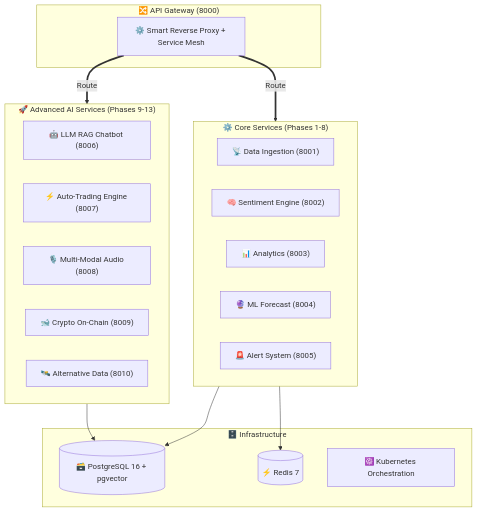
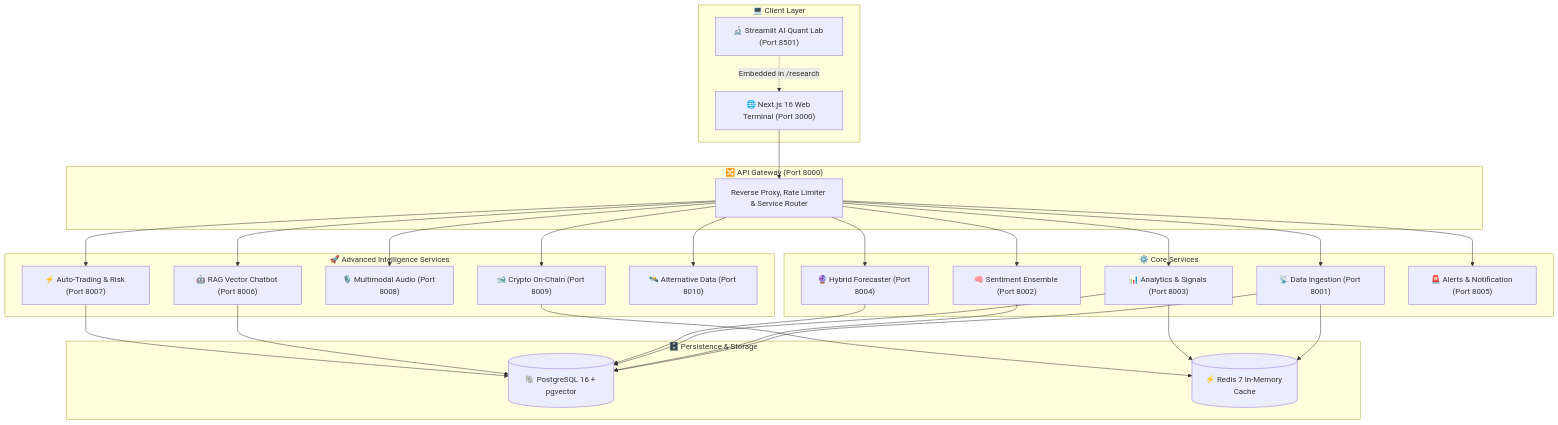
One commit to indrajitkumar23541-a11y/Indra-MarketMind changed the diagram in README.md. Above: the diagram before and after it, drawn with Mermaid. The commit also changed other lines of this file, not shown here.

Commit message:
docs: upgrade README to world-class showcase with 19 global exchange radars, microservices mesh, and Next.js 16 terminal

````diff
--- a/README.md
+++ b/README.md
@@ -81,34 +162,48 @@
 ```mermaid
 graph TB
-    subgraph GATEWAY["🔀 API Gateway (8000)"]
-        GW["⚙️ Smart Reverse Proxy + Service Mesh"]
+    subgraph CLIENT["💻 Client Layer"]
+        UI["🌐 Next.js 16 Web Terminal (Port 3000)"]
+        LAB["🔬 Streamlit AI Quant Lab (Port 8501)"]
     end
 
-    subgraph CORE["⚙️ Core Services (Phases 1-8)"]
-        S1["📡 Data Ingestion (8001)"]
-        S2["🧠 Sentiment Engine (8002)"]
-        S3["📊 Analytics (8003)"]
-        S4["🔮 ML Forecast (8004)"]
-        S5["🚨 Alert System (8005)"]
+    subgraph INGRESS["🔀 API Gateway (Port 8000)"]
+        GW["Reverse Proxy, Rate Limiter & Service Router"]
     end
 
-    subgraph ADVANCED["🚀 Advanced AI Services (Phases 9-13)"]
-        S6["🤖 LLM RAG Chatbot (8006)"]
-        S7["⚡ Auto-Trading Engine (8007)"]
-        S8["🎙️ Multi-Modal Audio (8008)"]
-        S9["🐋 Crypto On-Chain (8009)"]
-        S10["🛰️ Alternative Data (8010)"]
+    subgraph CORE_SERVICES["⚙️ Core Services"]
+        S1["📡 Data Ingestion (Port 8001)"]
+        S2["🧠 Sentiment Ensemble (Port 8002)"]
+        S3["📊 Analytics & Signals (Port 8003)"]
+        S4["🔮 Hybrid Forecaster (Port 8004)"]
+        S5["🚨 Alerts & Notification (Port 8005)"]
     end
 
-    subgraph INFRA["🗄️ Infrastructure"]
-        DB[("🗃️ PostgreSQL 16 + pgvector")]
-        CACHE[("⚡ Redis 7")]
-        K8S["☸️ Kubernetes Orchestration"]
+    subgraph ADVANCED_SERVICES["🚀 Advanced Intelligence Services"]
+        S6["🤖 RAG Vector Chatbot (Port 8006)"]
+        S7["⚡ Auto-Trading & Risk (Port 8007)"]
+        S8["🎙️ Multimodal Audio (Port 8008)"]
+        S9["🐋 Crypto On-Chain (Port 8009)"]
+        S10["🛰️ Alternative Data (Port 8010)"]
     end
 
-    GW ==>|Route| CORE
-    GW ==>|Route| ADVANCED
-    CORE --> DB
-    CORE --> CACHE
-    ADVANCED --> DB
+    subgraph DATA_LAYER["🗄️ Persistence & Storage"]
+        PG[("🐘 PostgreSQL 16 + pgvector")]
+        REDIS[("⚡ Redis 7 In-Memory Cache")]
+    end
+
+    UI --> GW
+    LAB -.->|Embedded in /research| UI
+    GW --> S1
+    GW --> S2
+    GW --> S3
+    GW --> S4
+    GW --> S5
+    GW --> S6
+    GW --> S7
+    GW --> S8
+    GW --> S9
+    GW --> S10
+
+    S1 & S2 & S3 & S4 & S6 & S7 --> PG
+    S1 & S3 & S9 --> REDIS
 ```
````
